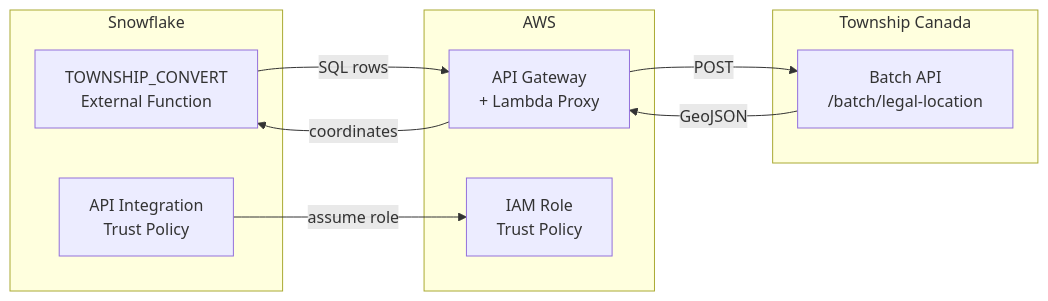
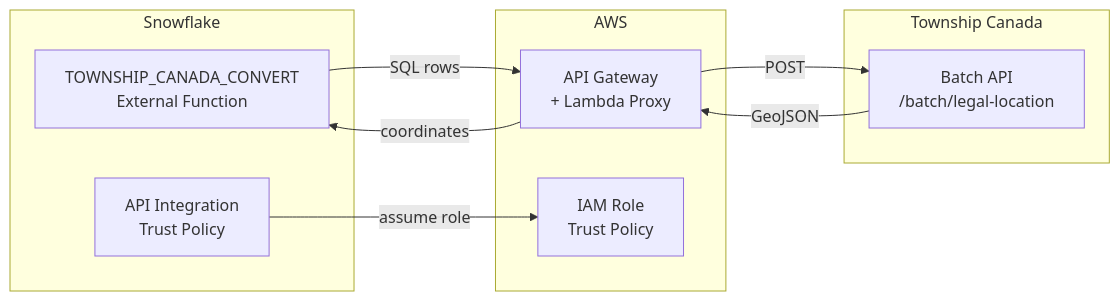
Before and after one commit to townshipcanada/snowflake-native-app: the diagram in README.md, drawn with Mermaid. The commit also changed other lines of this file and 6 other files, not shown here.

First line of the commit message:
Rename TOWNSHIP_CONVERT to TOWNSHIP_CANADA_CONVERT, harden security

````diff
--- a/README.md
+++ b/README.md
@@ -20,22 +26,22 @@
 ```mermaid
 graph LR
     subgraph Snowflake
-        EF[TOWNSHIP_CONVERT<br/>External Function]
+        EF[TOWNSHIP_CANADA_CONVERT<br/>External Function]
         AI[API Integration<br/>Trust Policy]
     end
 
     subgraph AWS
         AG[API Gateway<br/>+ Lambda Proxy]
         IAM[IAM Role<br/>Trust Policy]
     end
 
     subgraph Township Canada
         API[Batch API<br/>/batch/legal-location]
     end
 
     EF -->|SQL rows| AG
     AG -->|POST| API
     API -->|GeoJSON| AG
     AG -->|coordinates| EF
     AI -->|assume role| IAM
 ```
````
